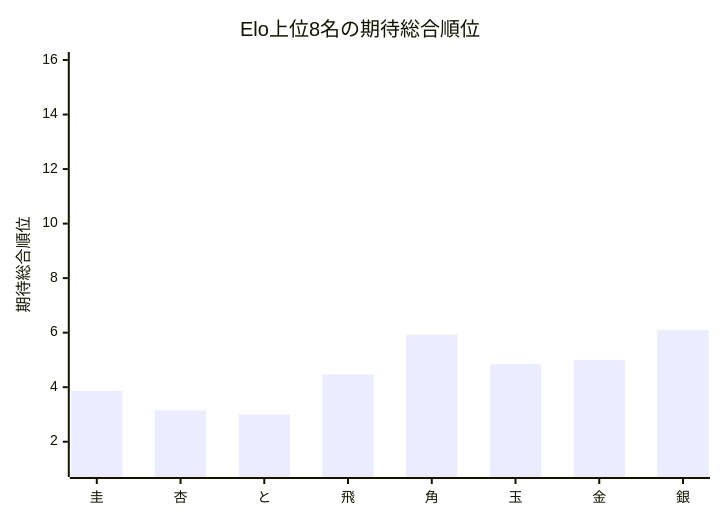
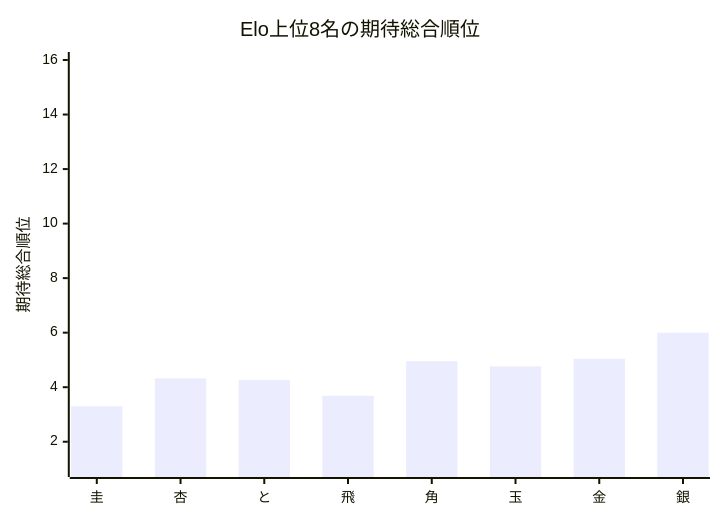
One commit to muzudho/ShogiTournamentSystemAnalyzer changed the first of 2 diagrams in Output/TournamentQualityEvaluator/TournamentQualityReport/Summary/[トップ集団大きめ]_[FinalStage_Single10_STSAInput3_smoke]_quality_summary.md. Above: the diagram before and after it, drawn with Mermaid. The commit also changed other lines of this file and 10 other files, not shown here.

````diff
--- a/Output/TournamentQualityEvaluator/TournamentQualityReport/Summary/[トップ集団大きめ]_[FinalStage_Single10_STSAInput3_smoke]_quality_summary.md
+++ b/Output/TournamentQualityEvaluator/TournamentQualityReport/Summary/[トップ集団大きめ]_[FinalStage_Single10_STSAInput3_smoke]_quality_summary.md
@@ -43,7 +43,7 @@
 ```mermaid
 xychart-beta
     title "Elo上位8名の期待総合順位"
     x-axis ["圭", "杏", "と", "飛", "角", "玉", "金", "銀"]
     y-axis "期待総合順位" 1 --> 16
-    bar [3.860, 3.150, 3.000, 4.468, 5.929, 4.843, 5.004, 6.101]
+    bar [3.300, 4.323, 4.262, 3.685, 4.955, 4.763, 5.041, 5.999]
 ```
````
